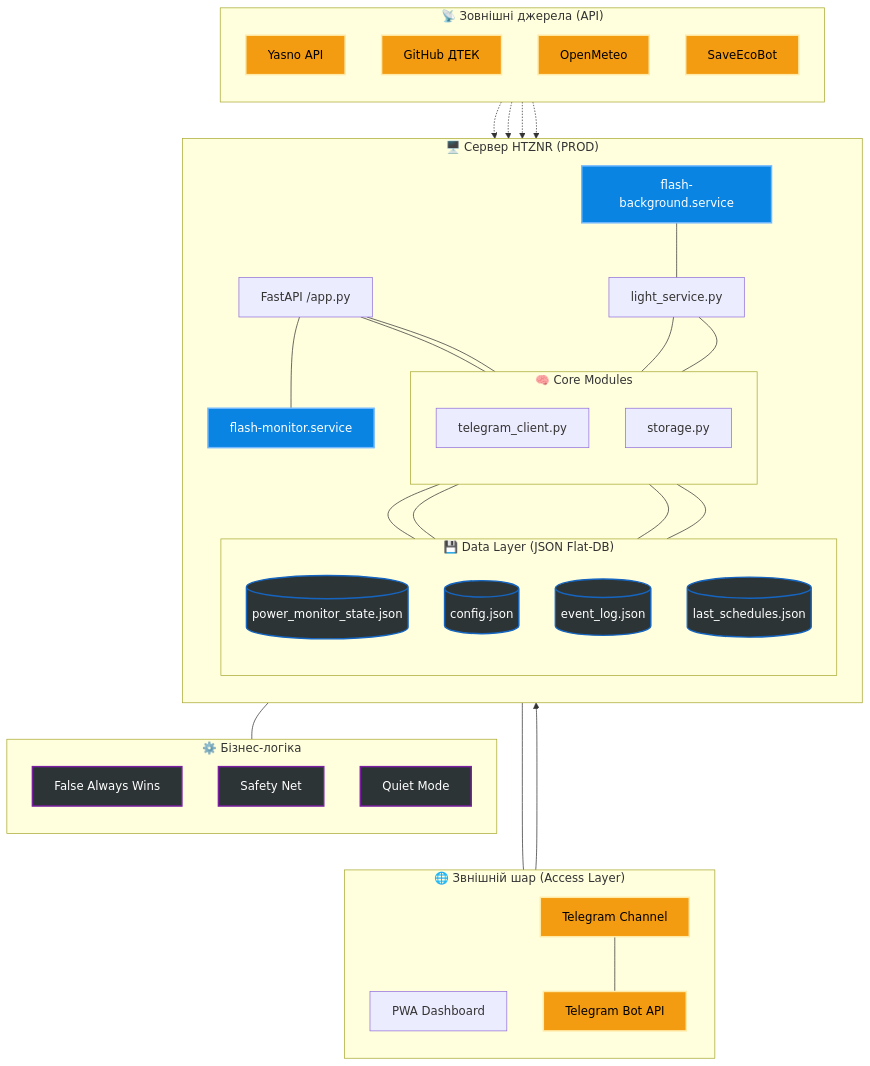
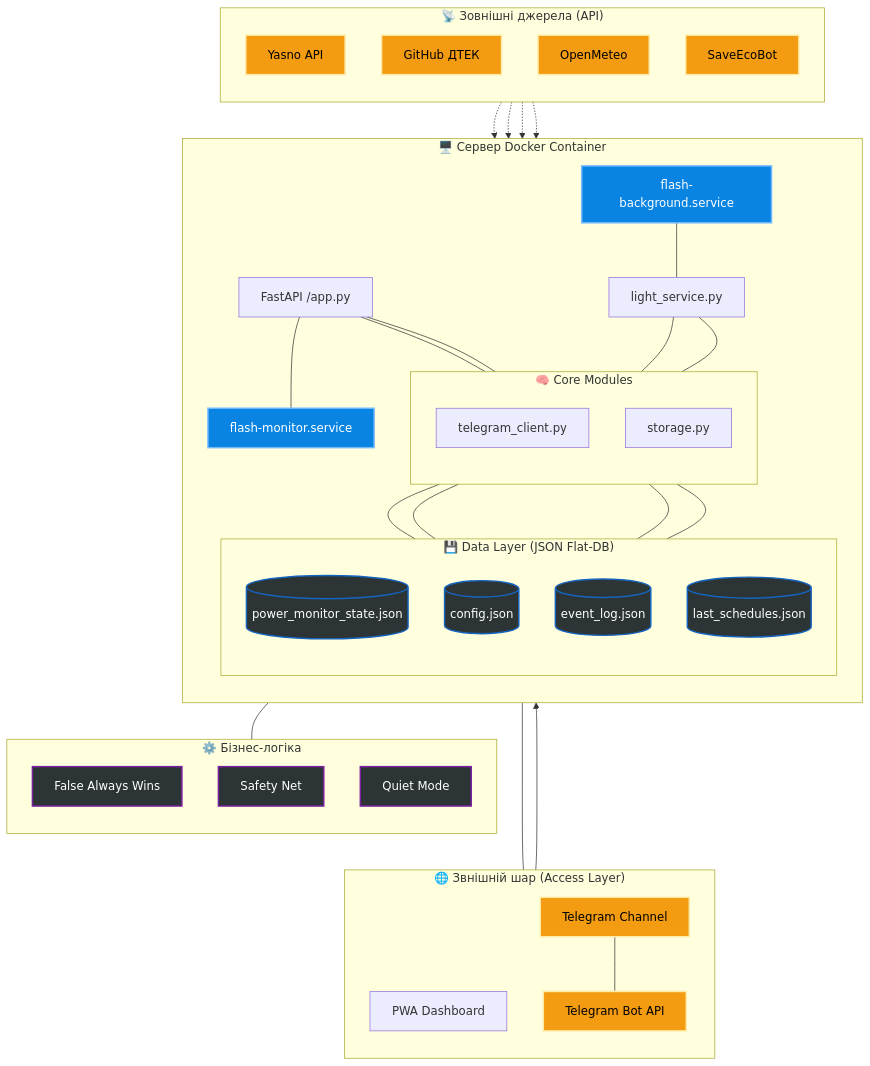
One commit to weby-homelab/flash-monitor-kyiv changed the diagram in README.md. Above: the diagram before and after it, drawn with Mermaid. The commit also changed other lines of this file and 1 other file, not shown here.

Commit message:
UI: Update README and Mermaid diagram for Docker Edition

```diff
--- a/README.md
+++ b/README.md
@@ -103,7 +103,7 @@
         TG[Telegram Channel] --- BOT[Telegram Bot API]
     end
 
-    subgraph PROD ["🖥️ Сервер HTZNR (PROD)"]
+    subgraph PROD ["🖥️ Сервер Docker Container"]
         direction TB
         
         API[FastAPI /app.py]
```
